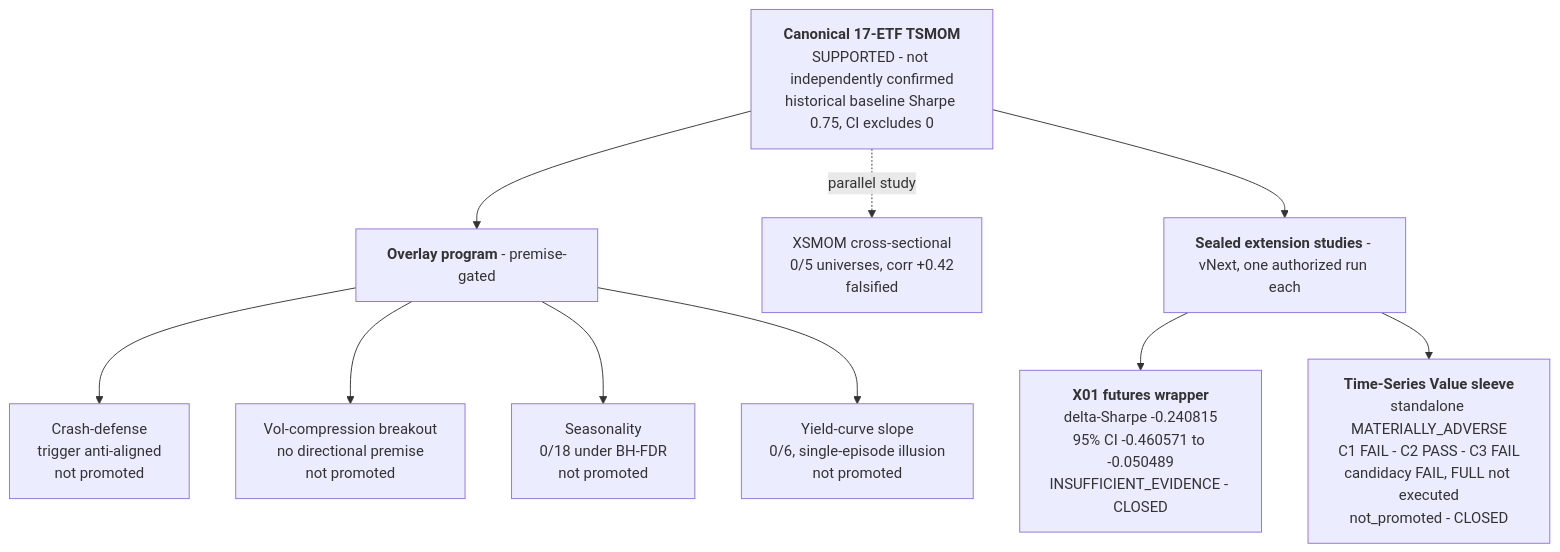
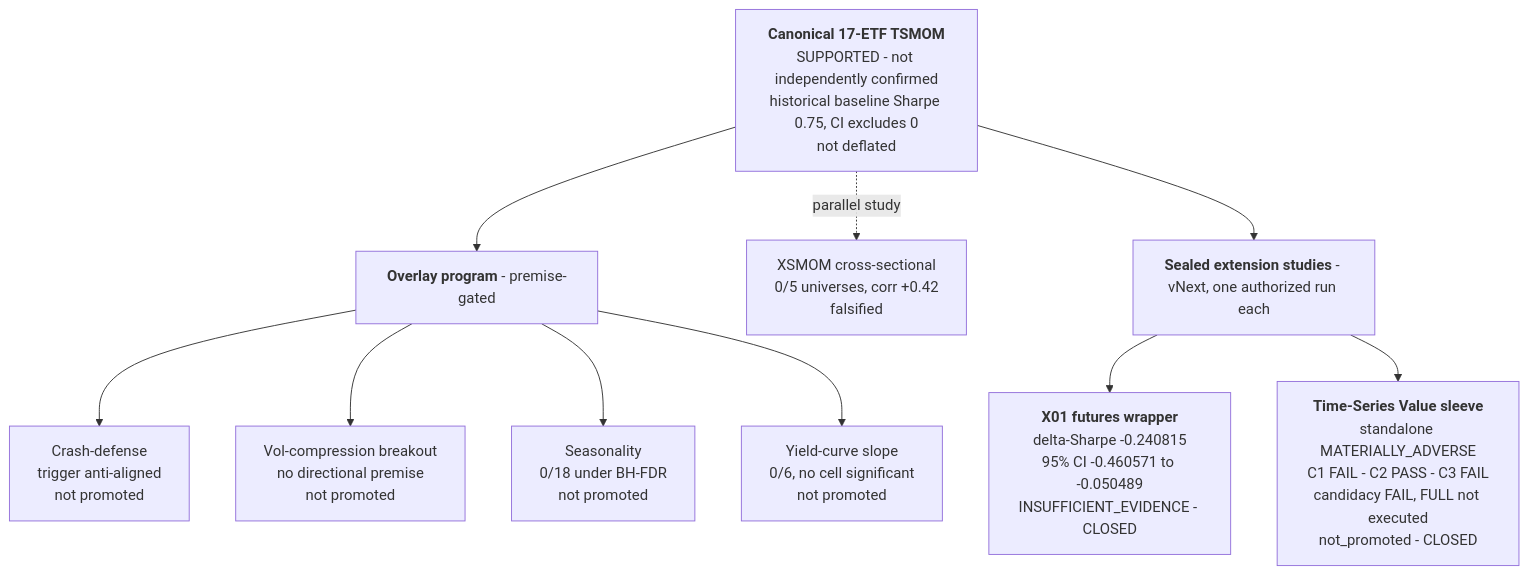
The fourth of 5 diagrams in README.md (AaroNLaU0307/multi-asset-tsmom-research), drawn with Mermaid before and after one commit. The commit also changed other lines of this file and 6 other files, not shown here.

````diff
--- a/README.md
+++ b/README.md
@@ -221,16 +227,16 @@
 ```mermaid
 flowchart TD
-    CORE["<b>Canonical 17-ETF TSMOM</b><br/>SUPPORTED - not independently confirmed<br/>historical baseline Sharpe 0.75, CI excludes 0"]
+    CORE["<b>Canonical 17-ETF TSMOM</b><br/>SUPPORTED - not independently confirmed<br/>historical baseline Sharpe 0.75, CI excludes 0<br/>not deflated"]
 
     CORE --> OV["<b>Overlay program</b> - premise-gated"]
     OV --> O1["Crash-defense<br/>trigger anti-aligned<br/>not promoted"]
     OV --> O2["Vol-compression breakout<br/>no directional premise<br/>not promoted"]
     OV --> O3["Seasonality<br/>0/18 under BH-FDR<br/>not promoted"]
-    OV --> O4["Yield-curve slope<br/>0/6, single-episode illusion<br/>not promoted"]
+    OV --> O4["Yield-curve slope<br/>0/6, no cell significant<br/>not promoted"]
 
     CORE -. parallel study .-> X["XSMOM cross-sectional<br/>0/5 universes, corr +0.42<br/>falsified"]
 
     CORE --> EXT["<b>Sealed extension studies</b> - vNext, one authorized run each"]
     EXT --> X01["<b>X01 futures wrapper</b><br/>delta-Sharpe -0.240815<br/>95% CI -0.460571 to -0.050489<br/>INSUFFICIENT_EVIDENCE - CLOSED"]
     EXT --> VAL["<b>Time-Series Value sleeve</b><br/>standalone MATERIALLY_ADVERSE<br/>C1 FAIL - C2 PASS - C3 FAIL<br/>candidacy FAIL, FULL not executed<br/>not_promoted - CLOSED"]
 ```
````
